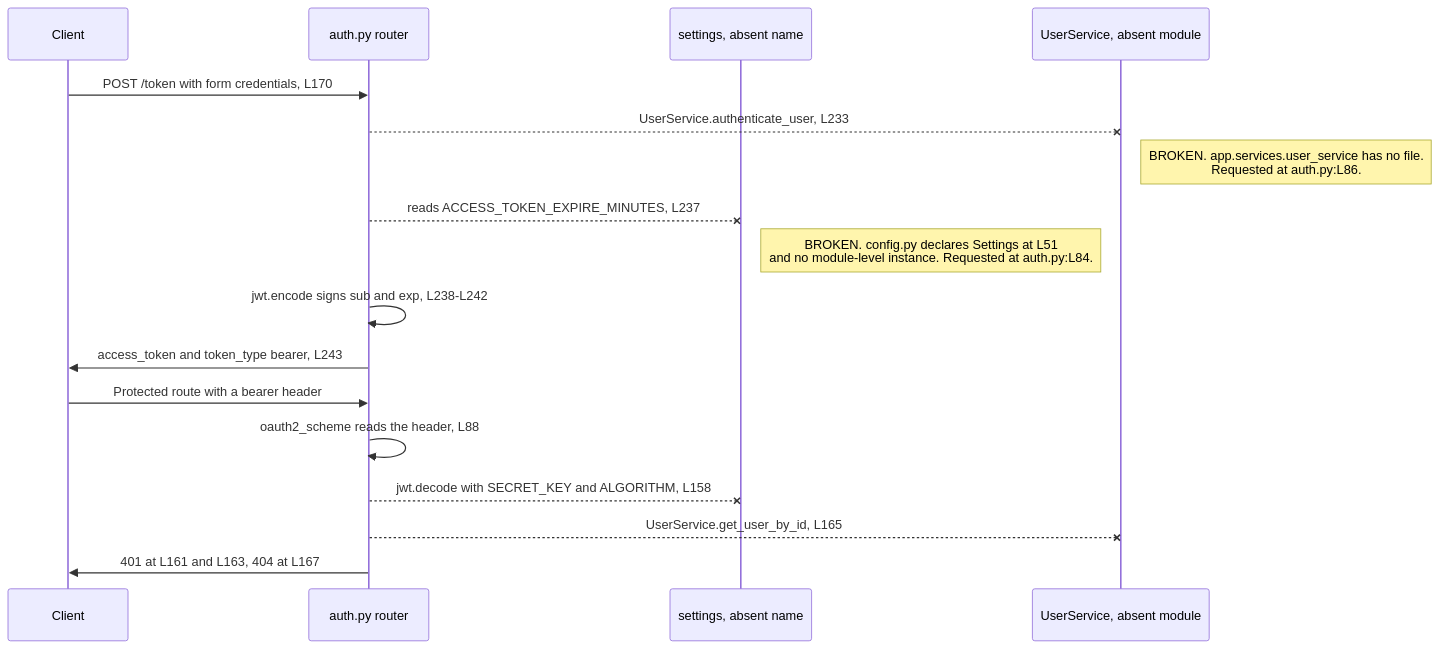
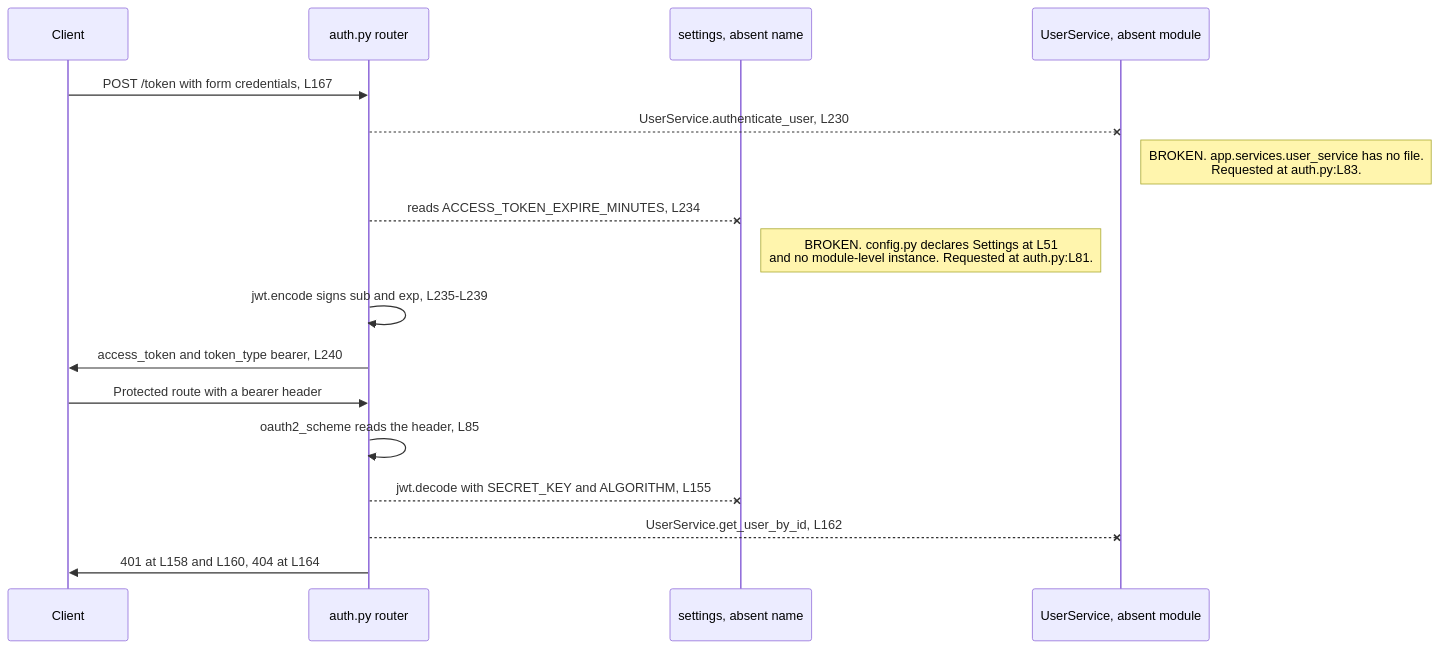
Before and after one commit to blitzy-public-samples/microsoft-word-u33ko0: the first of 2 diagrams in backend/app/api/README.md, drawn with Mermaid. The commit also changed other lines of this file and 46 other files, not shown here.

````diff
--- a/backend/app/api/README.md
+++ b/backend/app/api/README.md
@@ -158,21 +150,21 @@
 ```mermaid
 sequenceDiagram
     participant C as Client
     participant A as auth.py router
     participant S as settings, absent name
     participant U as UserService, absent module
 
-    C->>A: POST /token with form credentials, L170
-    A--xU: UserService.authenticate_user, L233
-    Note right of U: BROKEN. app.services.user_service has no file.<br/>Requested at auth.py:L86.
-    A--xS: reads ACCESS_TOKEN_EXPIRE_MINUTES, L237
-    Note right of S: BROKEN. config.py declares Settings at L51<br/>and no module-level instance. Requested at auth.py:L84.
-    A->>A: jwt.encode signs sub and exp, L238-L242
-    A->>C: access_token and token_type bearer, L243
+    C->>A: POST /token with form credentials, L167
+    A--xU: UserService.authenticate_user, L230
+    Note right of U: BROKEN. app.services.user_service has no file.<br/>Requested at auth.py:L83.
+    A--xS: reads ACCESS_TOKEN_EXPIRE_MINUTES, L234
+    Note right of S: BROKEN. config.py declares Settings at L51<br/>and no module-level instance. Requested at auth.py:L81.
+    A->>A: jwt.encode signs sub and exp, L235-L239
+    A->>C: access_token and token_type bearer, L240
 
     C->>A: Protected route with a bearer header
-    A->>A: oauth2_scheme reads the header, L88
-    A--xS: jwt.decode with SECRET_KEY and ALGORITHM, L158
-    A--xU: UserService.get_user_by_id, L165
-    A->>C: 401 at L161 and L163, 404 at L167
+    A->>A: oauth2_scheme reads the header, L85
+    A--xS: jwt.decode with SECRET_KEY and ALGORITHM, L155
+    A--xU: UserService.get_user_by_id, L162
+    A->>C: 401 at L158 and L160, 404 at L164
 ```
````
